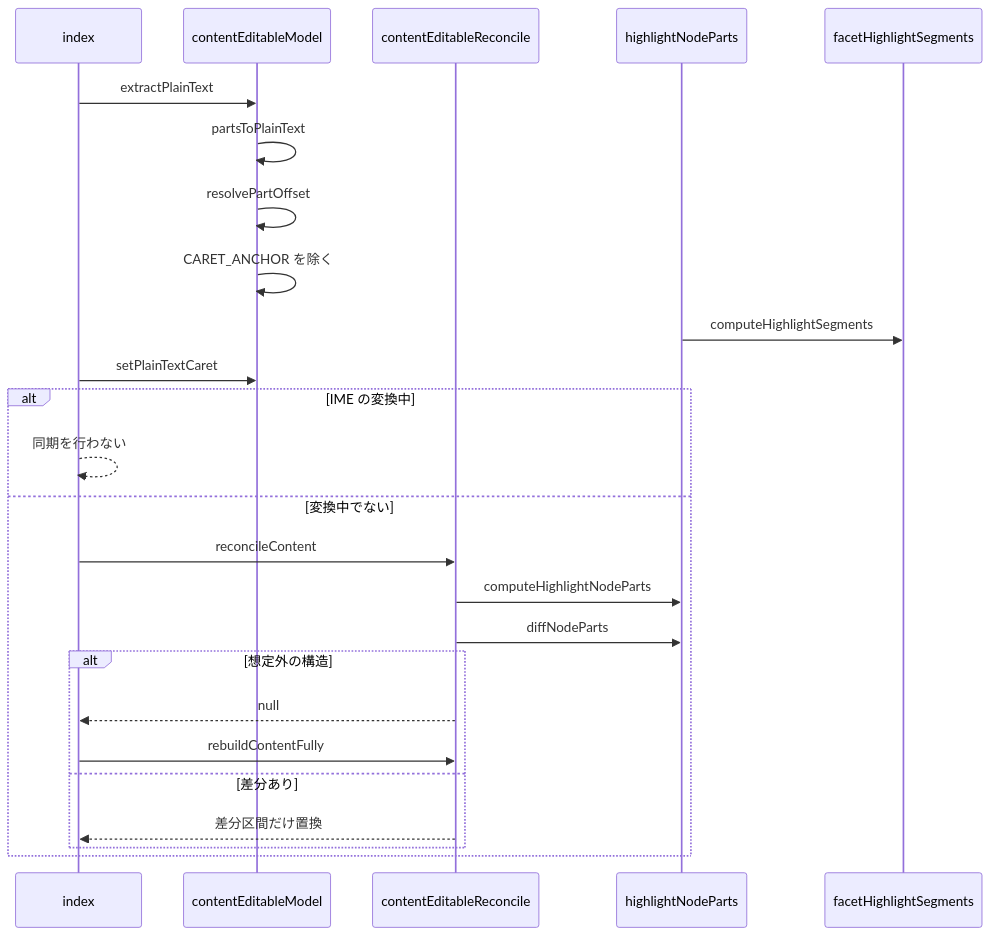
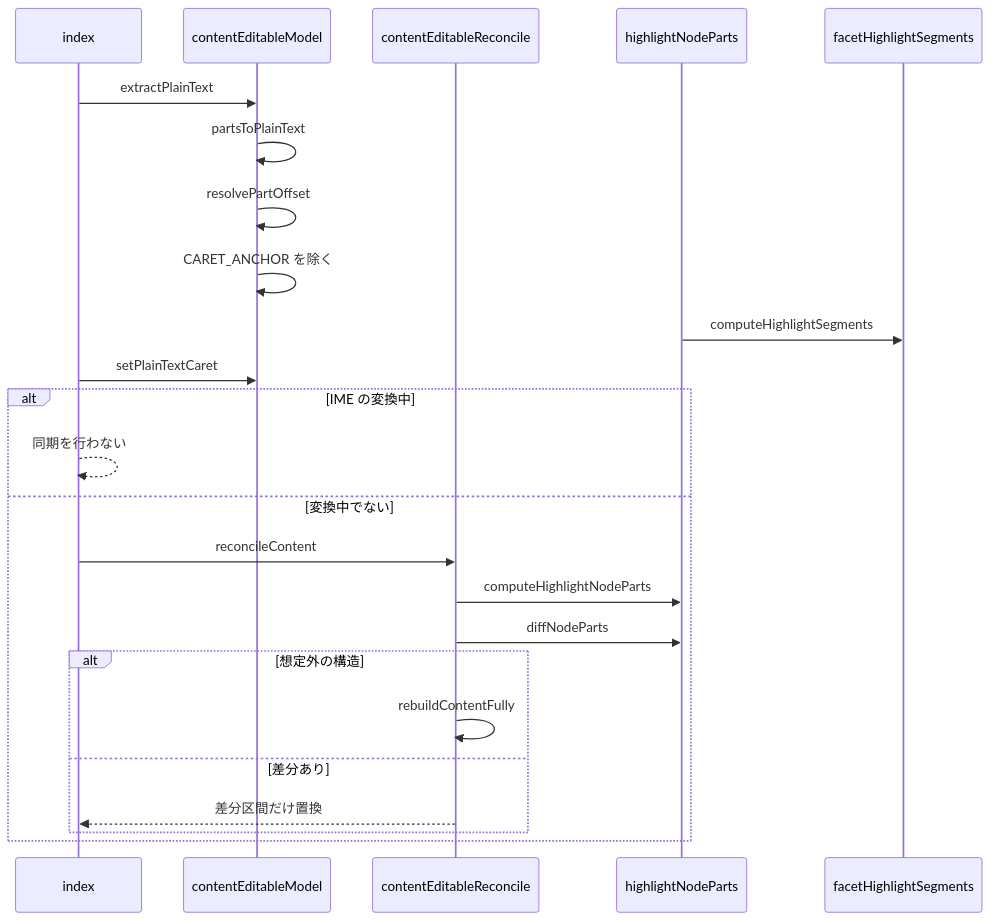
The second of 2 diagrams in .kiro/specs/post-body-editor/design.md (nekono-dev/skyshare), drawn with Mermaid before and after one commit. The commit also changed other lines of this file and 57 other files, not shown here.

````diff
--- a/.kiro/specs/post-body-editor/design.md
+++ b/.kiro/specs/post-body-editor/design.md
@@ -75,27 +75,26 @@
 ```mermaid
 sequenceDiagram
   participant index
   participant contentEditableModel
   participant contentEditableReconcile
   participant highlightNodeParts
   participant facetHighlightSegments
   index->>contentEditableModel: extractPlainText
   contentEditableModel->>contentEditableModel: partsToPlainText
   contentEditableModel->>contentEditableModel: resolvePartOffset
   contentEditableModel->>contentEditableModel: CARET_ANCHOR を除く
   highlightNodeParts->>facetHighlightSegments: computeHighlightSegments
   index->>contentEditableModel: setPlainTextCaret
   alt IME の変換中
     index-->>index: 同期を行わない
   else 変換中でない
     index->>contentEditableReconcile: reconcileContent
     contentEditableReconcile->>highlightNodeParts: computeHighlightNodeParts
     contentEditableReconcile->>highlightNodeParts: diffNodeParts
     alt 想定外の構造
-      contentEditableReconcile-->>index: null
-      index->>contentEditableReconcile: rebuildContentFully
+      contentEditableReconcile->>contentEditableReconcile: rebuildContentFully
     else 差分あり
       contentEditableReconcile-->>index: 差分区間だけ置換
     end
   end
 ```
````
